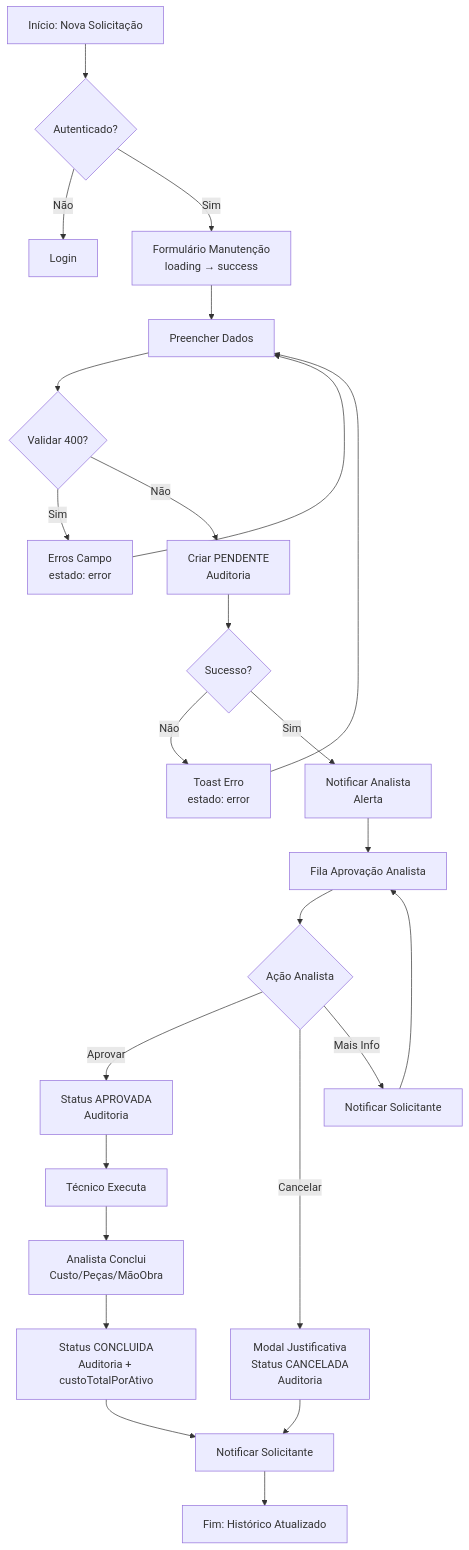
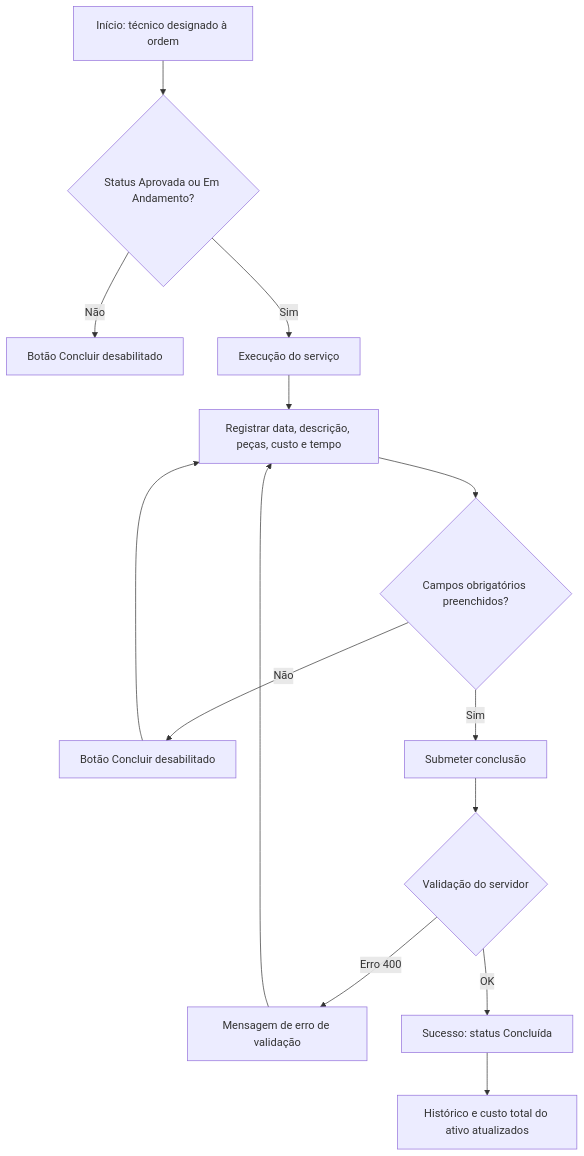
One commit to diogo-rp-menezes/aegispatrimonio changed the fifth of 6 diagrams in docs/01-discovery/user-flows.md. Above: the diagram before and after it, drawn with Mermaid. The commit also changed other lines of this file and 35 other files, not shown here.

````diff
--- a/docs/01-discovery/user-flows.md
+++ b/docs/01-discovery/user-flows.md
@@ -84,27 +214,16 @@
 ```mermaid
 graph TD
-    A[Início: Nova Solicitação] --> B{Autenticado?}
-    B -- Não --> C[Login]
-    B -- Sim --> D[Formulário Manutenção<br/>loading → success]
-    D --> E[Preencher Dados]
-    E --> F{Validar 400?}
-    F -- Sim --> G[Erros Campo<br/>estado: error]
-    F -- Não --> H[Criar PENDENTE<br/>Auditoria]
-    H --> I{Sucesso?}
-    I -- Não --> J[Toast Erro<br/>estado: error]
-    I -- Sim --> K[Notificar Analista<br/>Alerta]
-    K --> L[Fila Aprovação Analista]
-    L --> M{Ação Analista}
-    M -- Aprovar --> N[Status APROVADA<br/>Auditoria]
-    M -- Cancelar --> O[Modal Justificativa<br/>Status CANCELADA<br/>Auditoria]
-    M -- Mais Info --> P[Notificar Solicitante]
-    N --> Q[Técnico Executa]
-    Q --> R[Analista Conclui<br/>Custo/Peças/MãoObra]
-    R --> S[Status CONCLUIDA<br/>Auditoria + custoTotalPorAtivo]
-    S --> T[Notificar Solicitante]
-    O --> T
-    P --> L
+    A["Início: técnico designado à ordem"] --> B{"Status Aprovada ou Em Andamento?"}
+    B -- "Não" --> C["Botão Concluir desabilitado"]
+    B -- "Sim" --> D["Execução do serviço"]
+    D --> E["Registrar data, descrição, peças, custo e tempo"]
+    E --> F{"Campos obrigatórios preenchidos?"}
+    F -- "Não" --> G["Botão Concluir desabilitado"]
     G --> E
+    F -- "Sim" --> H["Submeter conclusão"]
+    H --> I{"Validação do servidor"}
+    I -- "Erro 400" --> J["Mensagem de erro de validação"]
     J --> E
-    T --> U[Fim: Histórico Atualizado]
+    I -- "OK" --> K["Sucesso: status Concluída"]
+    K --> L["Histórico e custo total do ativo atualizados"]
 ```
````
